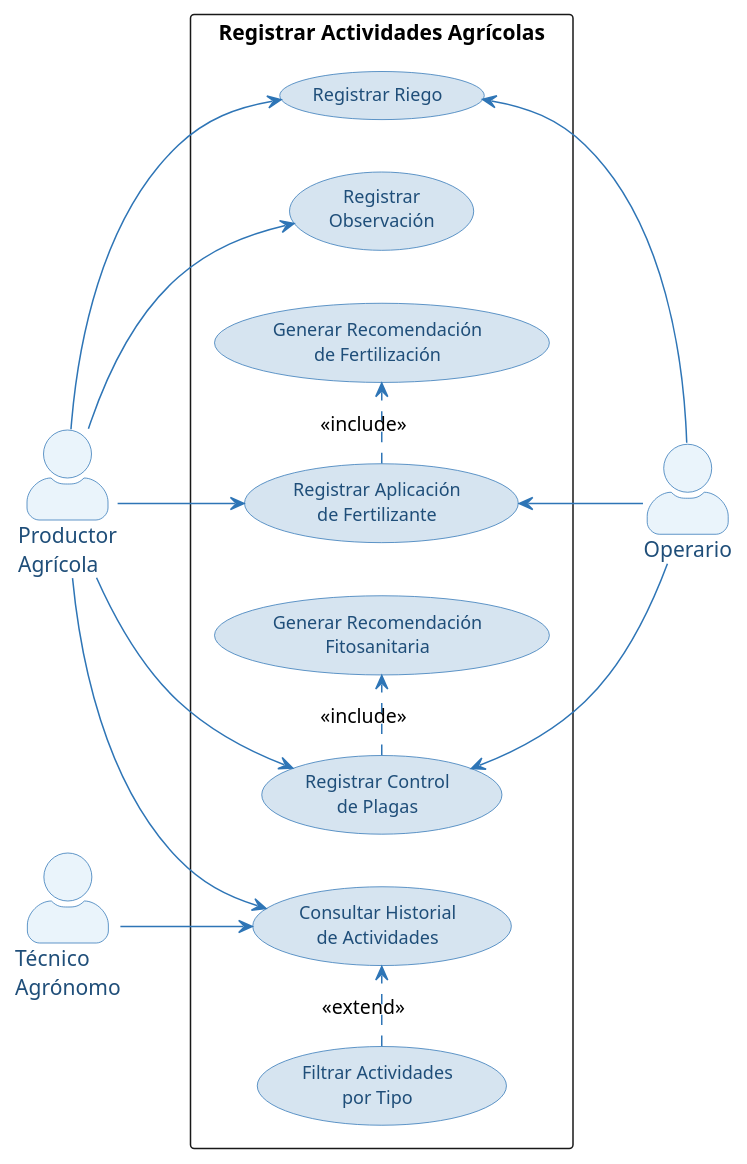
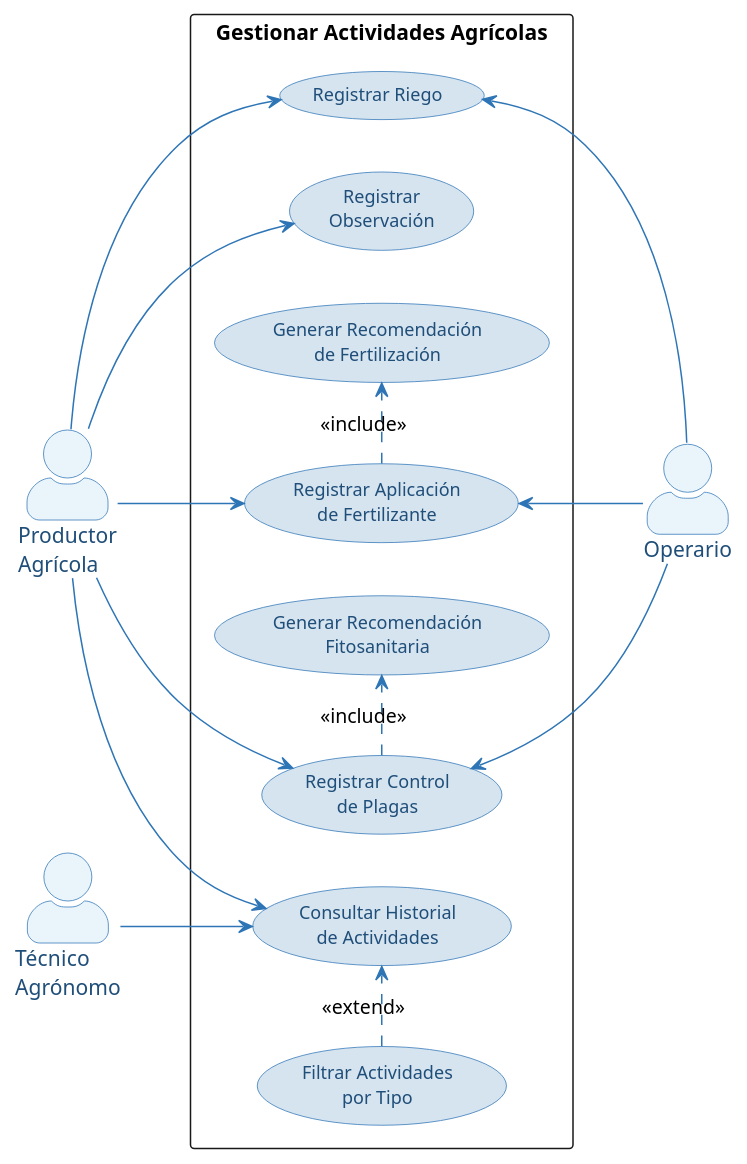
Before and after one commit to C4mg943/Arquitectura-Proyecto-final: the diagram in primer entregable/casos de uso/caso_n1_UC04.puml, drawn with PlantUML. The commit also changed 6 other files, not shown here.

```diff
--- a/primer entregable/casos de uso/caso_n1_UC04.puml
+++ b/primer entregable/casos de uso/caso_n1_UC04.puml
@@ -1,60 +1,60 @@
 @startuml Casos_de_Uso_Nivel_1_UC03
 left to right direction
 
 skinparam actorStyle awesome
 skinparam packageStyle rectangle
 skinparam usecase {
   BackgroundColor #D6E4F0
   BorderColor #2E75B6
   FontColor #1F4E79
   FontSize 12
 }
 skinparam actor {
   BackgroundColor #EAF4FB
   BorderColor #2E75B6
   FontColor #1F4E79
 }
 skinparam ArrowColor #2E75B6
 
 ' Actores
 actor "Productor\nAgrícola" as Productor
 actor Operario
 actor "Técnico\nAgrónomo" as Tecnico
 
 ' Sistema
-rectangle "Registrar Actividades Agrícolas" {
+rectangle "Gestionar Actividades Agrícolas" {
 
     ' Registro (arriba)
     usecase "Registrar Riego" as UC03_1
     usecase "Registrar Aplicación\nde Fertilizante" as UC03_2
     usecase "Registrar Control\nde Plagas" as UC03_3
     usecase "Registrar\nObservación" as UC03_4
 
     ' Consulta (centro)
     usecase "Consultar Historial\nde Actividades" as UC03_5
     usecase "Filtrar Actividades\npor Tipo" as UC03_6
 
     ' Analítica / recomendaciones (abajo)
     usecase "Generar Recomendación\nde Fertilización" as RecoFert
     usecase "Generar Recomendación\nFitosanitaria" as RecoFito
 
     ' Relaciones correctas
     UC03_6 .> UC03_5 : <<extend>>
     UC03_2 .> RecoFert : <<include>>
     UC03_3 .> RecoFito : <<include>>
 }
 
 ' Relaciones actores
 Productor --> UC03_1
 Productor --> UC03_2
 Productor --> UC03_3
 Productor --> UC03_4
 Productor --> UC03_5
 
 UC03_1 <-- Operario
 UC03_2 <-- Operario
 UC03_3 <-- Operario
 
 Tecnico --> UC03_5
 
 @enduml
```
